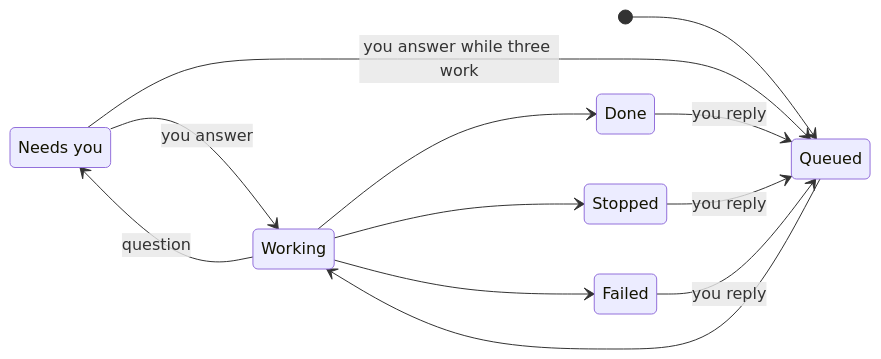
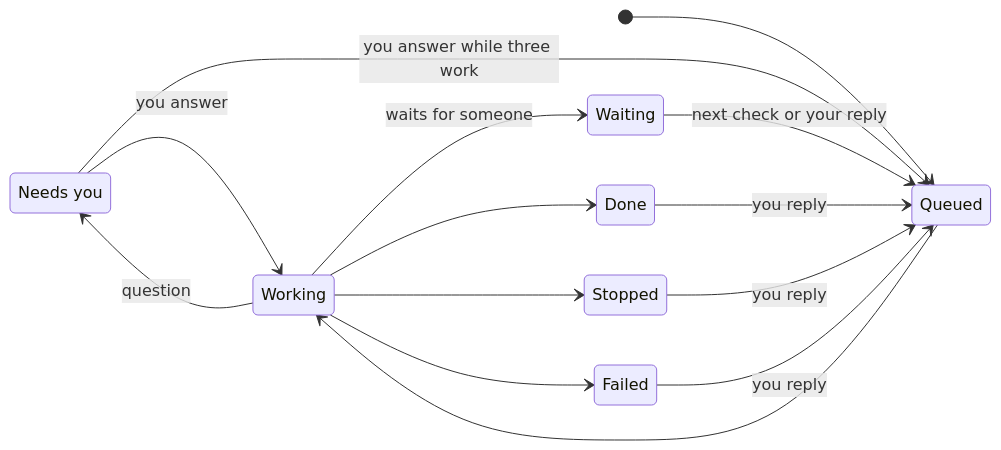
Before and after one commit to n8n-io/nod: the diagram in docs/src/content/docs/use/tasks.md, drawn with Mermaid. The commit also changed other lines of this file and 15 other files, not shown here.

````diff
--- a/docs/src/content/docs/use/tasks.md
+++ b/docs/src/content/docs/use/tasks.md
@@ -72,16 +86,18 @@
 ```mermaid
 stateDiagram-v2
   direction LR
   state "Needs you" as needs
   [*] --> Queued
   Queued --> Working
   Working --> needs: question
   needs --> Working: you answer
   needs --> Queued: you answer while three work
+  Working --> Waiting: waits for someone
+  Waiting --> Queued: next check or your reply
   Working --> Done
   Working --> Stopped
   Working --> Failed
   Done --> Queued: you reply
   Stopped --> Queued: you reply
   Failed --> Queued: you reply
 ```
````
